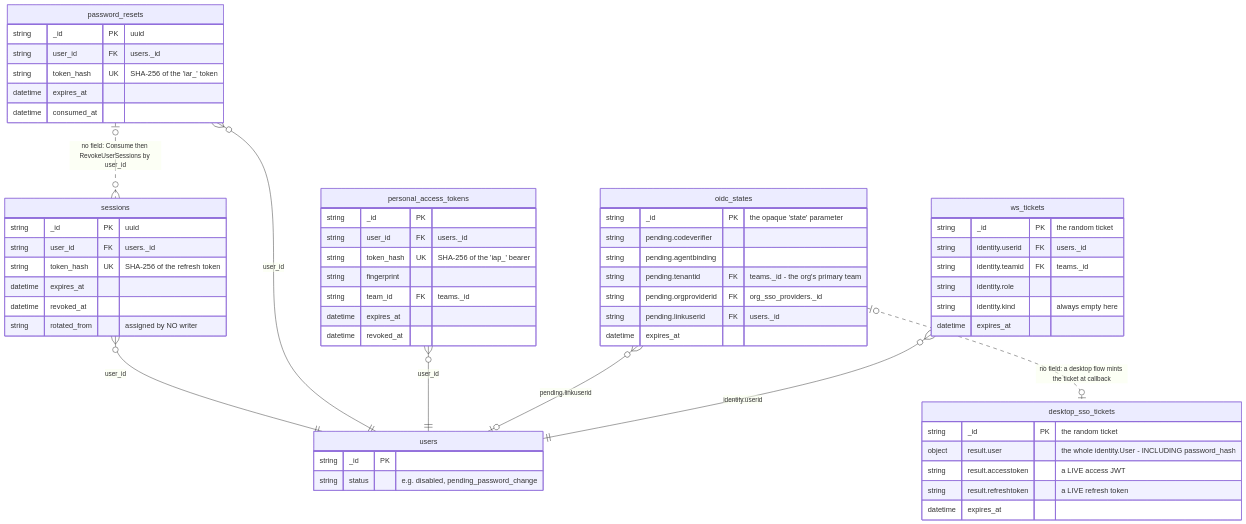
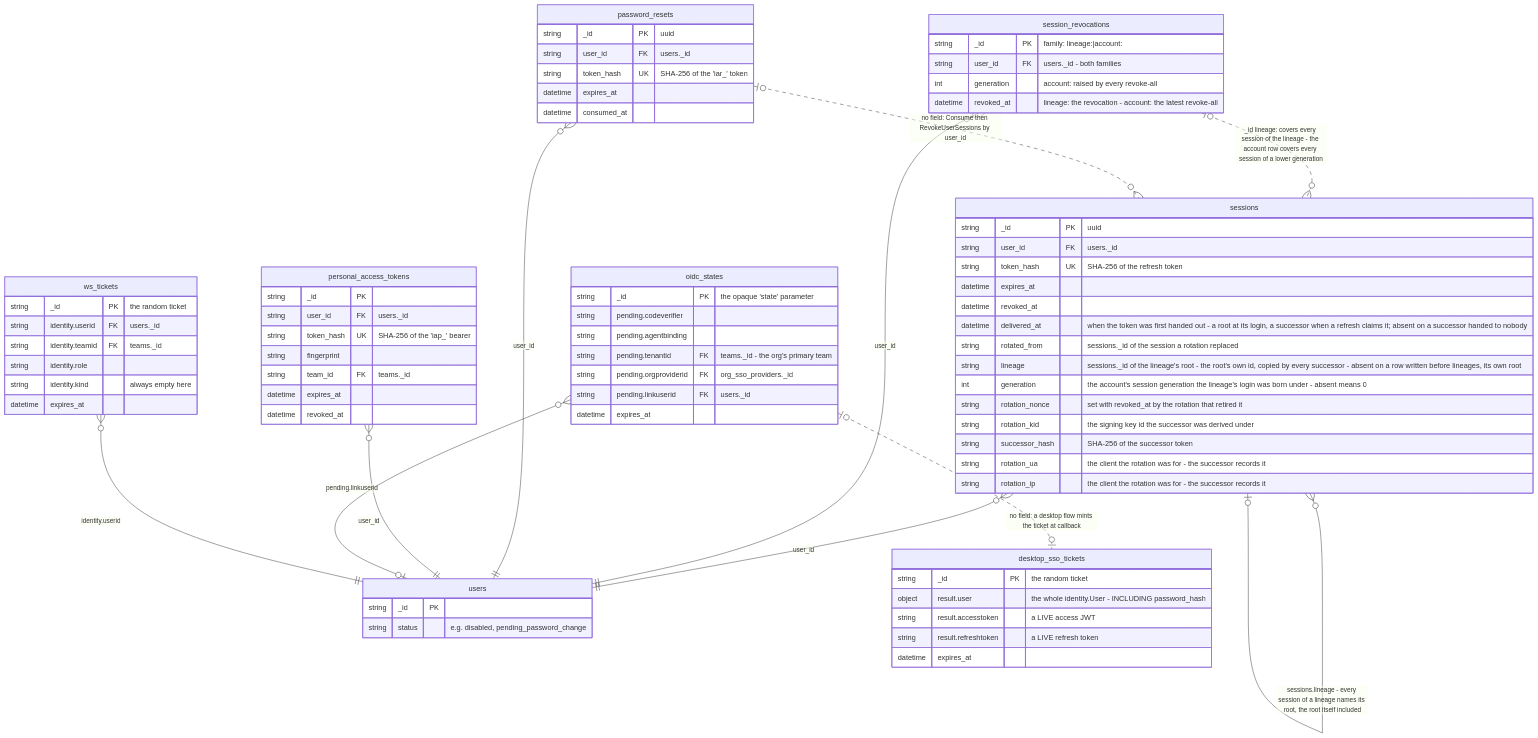
One commit to SocialGouv/iterion changed the second of 3 diagrams in docs/diagrams/data-model-identity.md. Above: the diagram before and after it, drawn with Mermaid. The commit also changed other lines of this file and 238 other files, not shown here.

````diff
--- a/docs/diagrams/data-model-identity.md
+++ b/docs/diagrams/data-model-identity.md
@@ -80,62 +81,80 @@
 ```mermaid
 erDiagram
     users {
         string _id PK
         string status "e.g. disabled, pending_password_change"
     }
     sessions {
         string _id PK "uuid"
         string user_id FK "users._id"
         string token_hash UK "SHA-256 of the refresh token"
         datetime expires_at
         datetime revoked_at
-        string rotated_from "assigned by NO writer"
+        datetime delivered_at "when the token was first handed out - a root at its login, a successor when a refresh claims it; absent on a successor handed to nobody"
+        string rotated_from "sessions._id of the session a rotation replaced"
+        string lineage "sessions._id of the lineage's root - the root's own id, copied by every successor - absent on a row written before lineages, its own root"
+        int generation "the account's session generation the lineage's login was born under - absent means 0"
+        string rotation_nonce "set with revoked_at by the rotation that retired it"
+        string rotation_kid "the signing key id the successor was derived under"
+        string successor_hash "SHA-256 of the successor token"
+        string rotation_ua "the client the rotation was for - the successor records it"
+        string rotation_ip "the client the rotation was for - the successor records it"
+    }
+    session_revocations {
+        string _id PK "family: lineage:<root session id>|account:<users._id>"
+        string user_id FK "users._id - both families"
+        int generation "account: raised by every revoke-all"
+        datetime revoked_at "lineage: the revocation - account: the latest revoke-all"
     }
     password_resets {
         string _id PK "uuid"
         string user_id FK "users._id"
         string token_hash UK "SHA-256 of the 'iar_' token"
         datetime expires_at
         datetime consumed_at
     }
     personal_access_tokens {
         string _id PK
         string user_id FK "users._id"
         string token_hash UK "SHA-256 of the 'iap_' bearer"
         string fingerprint
         string team_id FK "teams._id"
         datetime expires_at
         datetime revoked_at
     }
     oidc_states {
         string _id PK "the opaque 'state' parameter"
         string pending.codeverifier
         string pending.agentbinding
         string pending.tenantid FK "teams._id - the org's primary team"
         string pending.orgproviderid FK "org_sso_providers._id"
         string pending.linkuserid FK "users._id"
         datetime expires_at
     }
     desktop_sso_tickets {
         string _id PK "the random ticket"
         object result.user "the whole identity.User - INCLUDING password_hash"
         string result.accesstoken "a LIVE access JWT"
         string result.refreshtoken "a LIVE refresh token"
         datetime expires_at
     }
     ws_tickets {
         string _id PK "the random ticket"
         string identity.userid FK "users._id"
         string identity.teamid FK "teams._id"
         string identity.role
         string identity.kind "always empty here"
         datetime expires_at
     }
     sessions }o--|| users : "user_id"
+    sessions |o--o| sessions : "sessions.rotated_from - the successor names the session its rotation retired"
+    sessions }o--o| sessions : "sessions.lineage - every session of a lineage names its root, the root itself included"
+    session_revocations }o--|| users : "user_id"
+    session_revocations |o..o{ sessions : "_id lineage:<sessions.lineage> covers every session of the lineage - the account row covers every session of a lower generation"
     password_resets }o--|| users : "user_id"
     password_resets |o..o{ sessions : "no field: Consume then RevokeUserSessions by user_id"
     personal_access_tokens }o--|| users : "user_id"
     oidc_states }o--o| users : "pending.linkuserid"
     oidc_states |o..o| desktop_sso_tickets : "no field: a desktop flow mints the ticket at callback"
     ws_tickets }o--|| users : "identity.userid"
 ```
````
